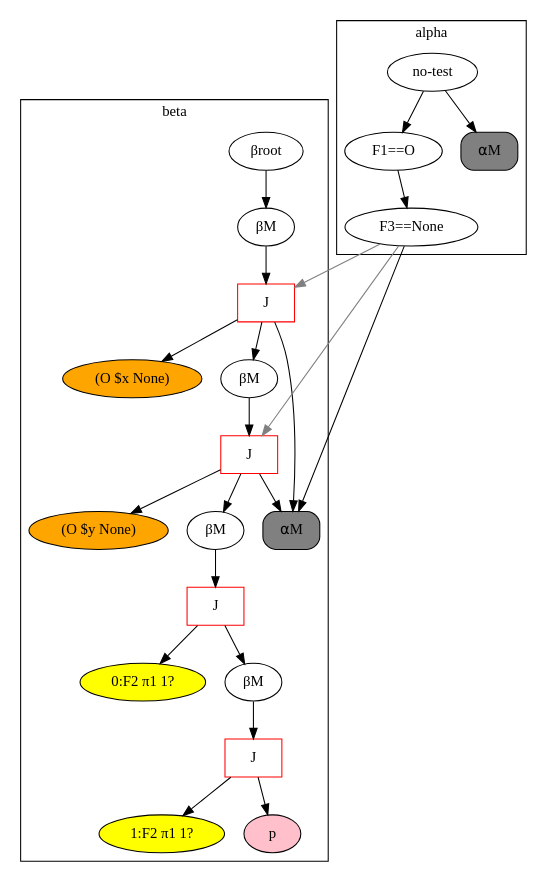
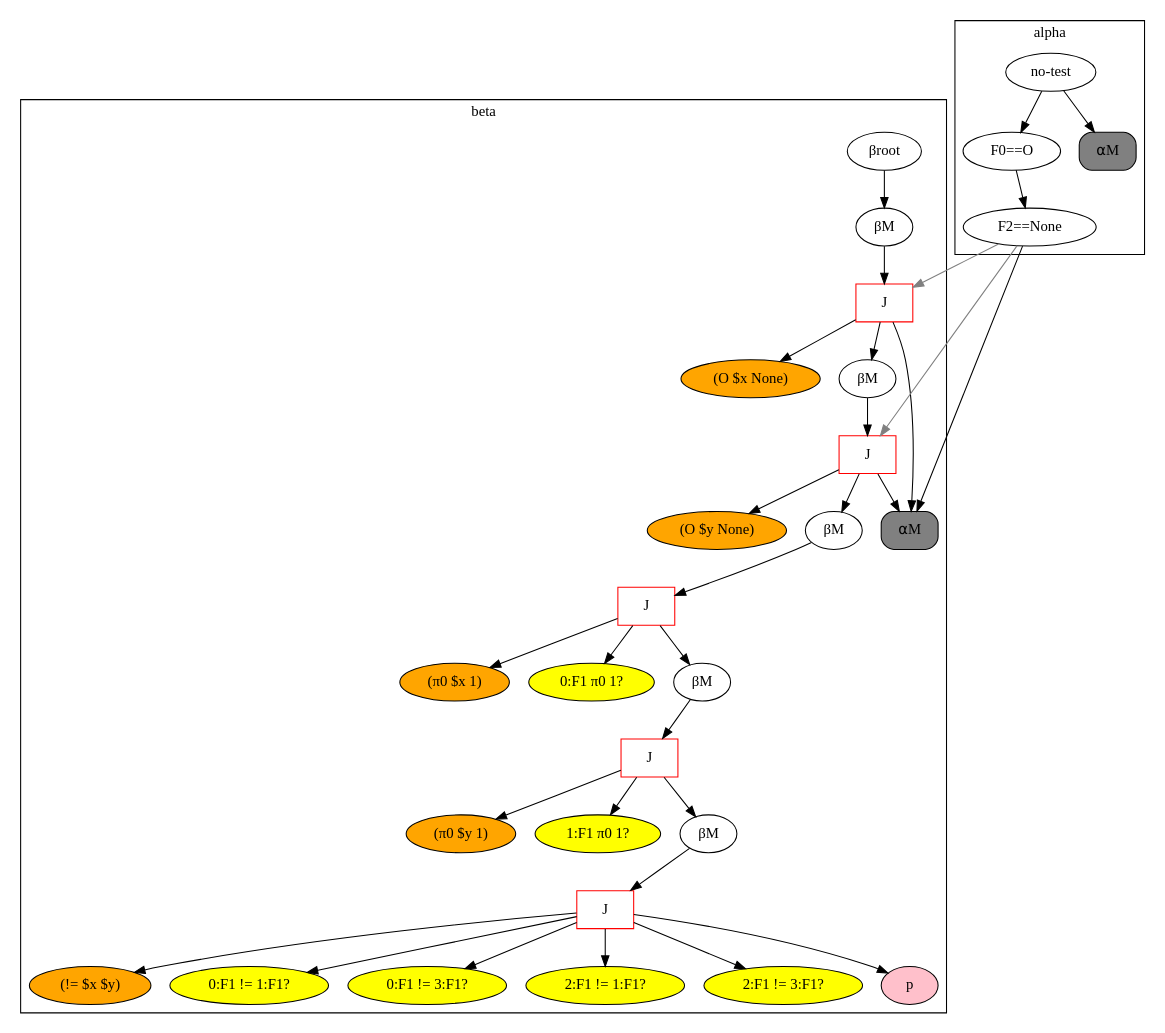
One commit to Cybernetic1/GIRL changed the diagram in rete.dot. Above: the diagram before and after it, drawn with Graphviz. The commit also changed 15 other files, not shown here.

```diff
--- a/rete.dot
+++ b/rete.dot
@@ -1,45 +1,63 @@
 digraph {
 	subgraph cluster_1 {
 	label = beta
-	"BetaNode 0x7f4659662ba8" [label="βroot"];
-	"BetaNode 0x7f4659662ba8" -> "BetaMemory 0x7f4659690048";
-	"BetaMemory 0x7f4659690048" [label="βM"];
-	"BetaMemory 0x7f4659690048" -> "JoinNode 0x7f4659690160";
-	"JoinNode 0x7f4659690160" [shape=box,color=red,label="J"];
-	"JoinNode 0x7f4659690160" -> "⍺M:<rete.alpha.AlphaMemory object at 0x7f4659690128>"
+	"BetaNode 0x7f5b0c358a90" [label="βroot"];
+	"BetaNode 0x7f5b0c358a90" -> "BetaMemory 0x7f5b0c2fc080";
+	"BetaMemory 0x7f5b0c2fc080" [label="βM"];
+	"BetaMemory 0x7f5b0c2fc080" -> "JoinNode 0x7f5b0c2fc198";
+	"JoinNode 0x7f5b0c2fc198" [shape=box,color=red,label="J"];
+	"JoinNode 0x7f5b0c2fc198" -> "⍺M:<rete.alpha.AlphaMemory object at 0x7f5b0c2fc160>"
 	"(O $x None)" [style=filled,fillcolor=orange];
-	"JoinNode 0x7f4659690160" -> "(O $x None)"
-	"JoinNode 0x7f4659690160" -> "BetaMemory 0x7f4659690198";
-	"BetaMemory 0x7f4659690198" [label="βM"];
-	"BetaMemory 0x7f4659690198" -> "JoinNode 0x7f46596901d0";
-	"JoinNode 0x7f46596901d0" [shape=box,color=red,label="J"];
-	"JoinNode 0x7f46596901d0" -> "⍺M:<rete.alpha.AlphaMemory object at 0x7f4659690128>"
+	"JoinNode 0x7f5b0c2fc198" -> "(O $x None)"
+	"JoinNode 0x7f5b0c2fc198" -> "BetaMemory 0x7f5b0c2fc1d0";
+	"BetaMemory 0x7f5b0c2fc1d0" [label="βM"];
+	"BetaMemory 0x7f5b0c2fc1d0" -> "JoinNode 0x7f5b0c2fc208";
+	"JoinNode 0x7f5b0c2fc208" [shape=box,color=red,label="J"];
+	"JoinNode 0x7f5b0c2fc208" -> "⍺M:<rete.alpha.AlphaMemory object at 0x7f5b0c2fc160>"
 	"(O $y None)" [style=filled,fillcolor=orange];
-	"JoinNode 0x7f46596901d0" -> "(O $y None)"
-	"JoinNode 0x7f46596901d0" -> "BetaMemory 0x7f4659690208";
-	"BetaMemory 0x7f4659690208" [label="βM"];
-	"BetaMemory 0x7f4659690208" -> "JoinNode 0x7f4659690240";
-	"JoinNode 0x7f4659690240" [shape=box,color=red,label="J"];
-	"0:F2 π1 1?" [style=filled,fillcolor=yellow];
-	"JoinNode 0x7f4659690240" -> "0:F2 π1 1?"
-	"JoinNode 0x7f4659690240" -> "BetaMemory 0x7f46596902b0";
-	"BetaMemory 0x7f46596902b0" [label="βM"];
-	"BetaMemory 0x7f46596902b0" -> "JoinNode 0x7f46596902e8";
-	"JoinNode 0x7f46596902e8" [shape=box,color=red,label="J"];
-	"1:F2 π1 1?" [style=filled,fillcolor=yellow];
-	"JoinNode 0x7f46596902e8" -> "1:F2 π1 1?"
-	"JoinNode 0x7f46596902e8" -> "PNode 0x7f4659686fd0";
-	"PNode 0x7f4659686fd0" [style=filled,fillcolor=pink,label="p"];
+	"JoinNode 0x7f5b0c2fc208" -> "(O $y None)"
+	"JoinNode 0x7f5b0c2fc208" -> "BetaMemory 0x7f5b0c2fc240";
+	"BetaMemory 0x7f5b0c2fc240" [label="βM"];
+	"BetaMemory 0x7f5b0c2fc240" -> "JoinNode 0x7f5b0c2fc278";
+	"JoinNode 0x7f5b0c2fc278" [shape=box,color=red,label="J"];
+	"(π0 $x 1)" [style=filled,fillcolor=orange];
+	"JoinNode 0x7f5b0c2fc278" -> "(π0 $x 1)"
+	"0:F1 π0 1?" [style=filled,fillcolor=yellow];
+	"JoinNode 0x7f5b0c2fc278" -> "0:F1 π0 1?"
+	"JoinNode 0x7f5b0c2fc278" -> "BetaMemory 0x7f5b0c2fc2e8";
+	"BetaMemory 0x7f5b0c2fc2e8" [label="βM"];
+	"BetaMemory 0x7f5b0c2fc2e8" -> "JoinNode 0x7f5b0c2fc320";
+	"JoinNode 0x7f5b0c2fc320" [shape=box,color=red,label="J"];
+	"(π0 $y 1)" [style=filled,fillcolor=orange];
+	"JoinNode 0x7f5b0c2fc320" -> "(π0 $y 1)"
+	"1:F1 π0 1?" [style=filled,fillcolor=yellow];
+	"JoinNode 0x7f5b0c2fc320" -> "1:F1 π0 1?"
+	"JoinNode 0x7f5b0c2fc320" -> "BetaMemory 0x7f5b0c2fc390";
+	"BetaMemory 0x7f5b0c2fc390" [label="βM"];
+	"BetaMemory 0x7f5b0c2fc390" -> "JoinNode 0x7f5b0c2fc3c8";
+	"JoinNode 0x7f5b0c2fc3c8" [shape=box,color=red,label="J"];
+	"(!= $x $y)" [style=filled,fillcolor=orange];
+	"JoinNode 0x7f5b0c2fc3c8" -> "(!= $x $y)"
+	"0:F1 != 1:F1?" [style=filled,fillcolor=yellow];
+	"JoinNode 0x7f5b0c2fc3c8" -> "0:F1 != 1:F1?"
+	"0:F1 != 3:F1?" [style=filled,fillcolor=yellow];
+	"JoinNode 0x7f5b0c2fc3c8" -> "0:F1 != 3:F1?"
+	"2:F1 != 1:F1?" [style=filled,fillcolor=yellow];
+	"JoinNode 0x7f5b0c2fc3c8" -> "2:F1 != 1:F1?"
+	"2:F1 != 3:F1?" [style=filled,fillcolor=yellow];
+	"JoinNode 0x7f5b0c2fc3c8" -> "2:F1 != 3:F1?"
+	"JoinNode 0x7f5b0c2fc3c8" -> "PNode 0x7f5b0c2fc048";
+	"PNode 0x7f5b0c2fc048" [style=filled,fillcolor=pink,label="p"];
 	}
 	subgraph cluster_0 {
 	label = alpha
-	"no-test" -> "F1==O";
-	"F1==O" -> "F3==None";
-	"F3==None" -> "⍺M:<rete.alpha.AlphaMemory object at 0x7f4659690128>";
-	"⍺M:<rete.alpha.AlphaMemory object at 0x7f4659690128>" [shape=box, style="rounded,filled", label="⍺M", fillcolor=gray];
-	"no-test" -> "⍺M:<rete.alpha.AlphaMemory object at 0x7f4659662860>";
-	"⍺M:<rete.alpha.AlphaMemory object at 0x7f4659662860>" [shape=box, style="rounded,filled", label="⍺M", fillcolor=gray];
+	"no-test" -> "F0==O";
+	"F0==O" -> "F2==None";
+	"F2==None" -> "⍺M:<rete.alpha.AlphaMemory object at 0x7f5b0c2fc160>";
+	"⍺M:<rete.alpha.AlphaMemory object at 0x7f5b0c2fc160>" [shape=box, style="rounded,filled", label="⍺M", fillcolor=gray];
+	"no-test" -> "⍺M:<rete.alpha.AlphaMemory object at 0x7f5b0c358748>";
+	"⍺M:<rete.alpha.AlphaMemory object at 0x7f5b0c358748>" [shape=box, style="rounded,filled", label="⍺M", fillcolor=gray];
 	}
-	"F3==None" -> "JoinNode 0x7f4659690160" [color=gray];
-	"F3==None" -> "JoinNode 0x7f46596901d0" [color=gray];
+	"F2==None" -> "JoinNode 0x7f5b0c2fc198" [color=gray];
+	"F2==None" -> "JoinNode 0x7f5b0c2fc208" [color=gray];
 }
```
